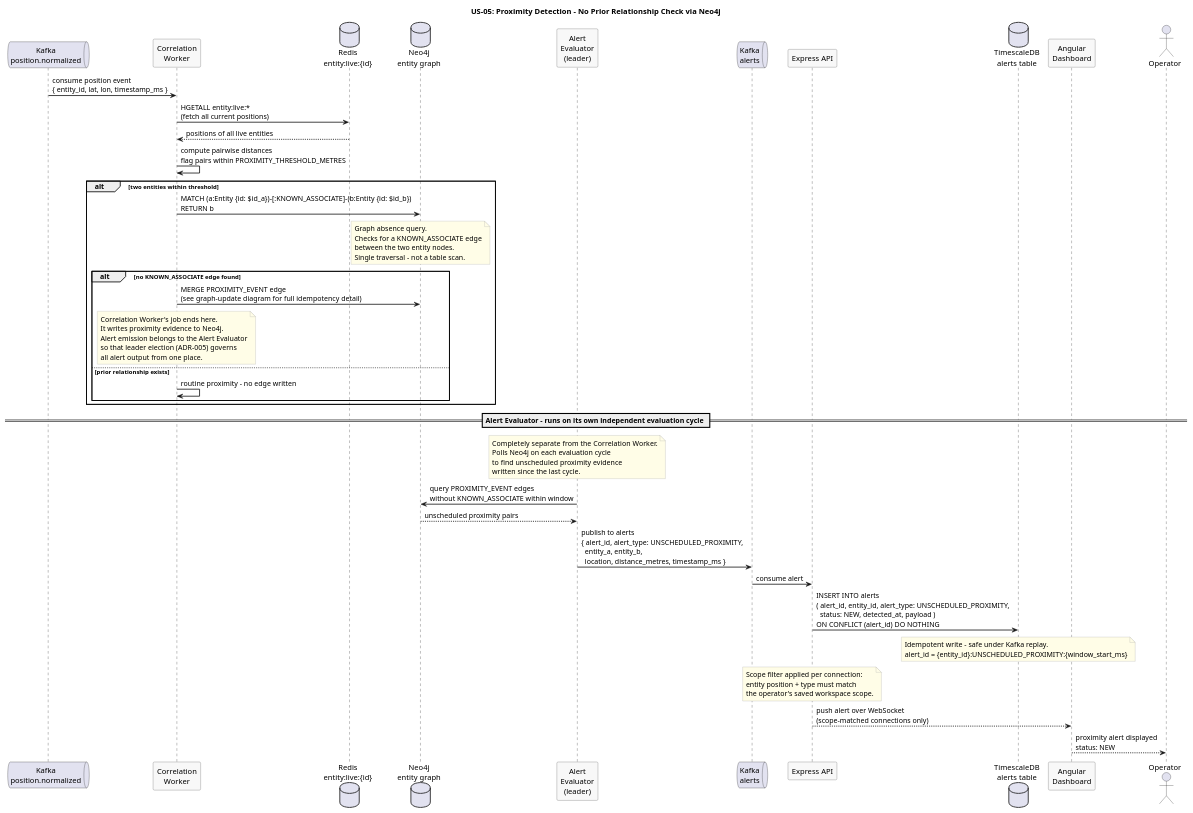
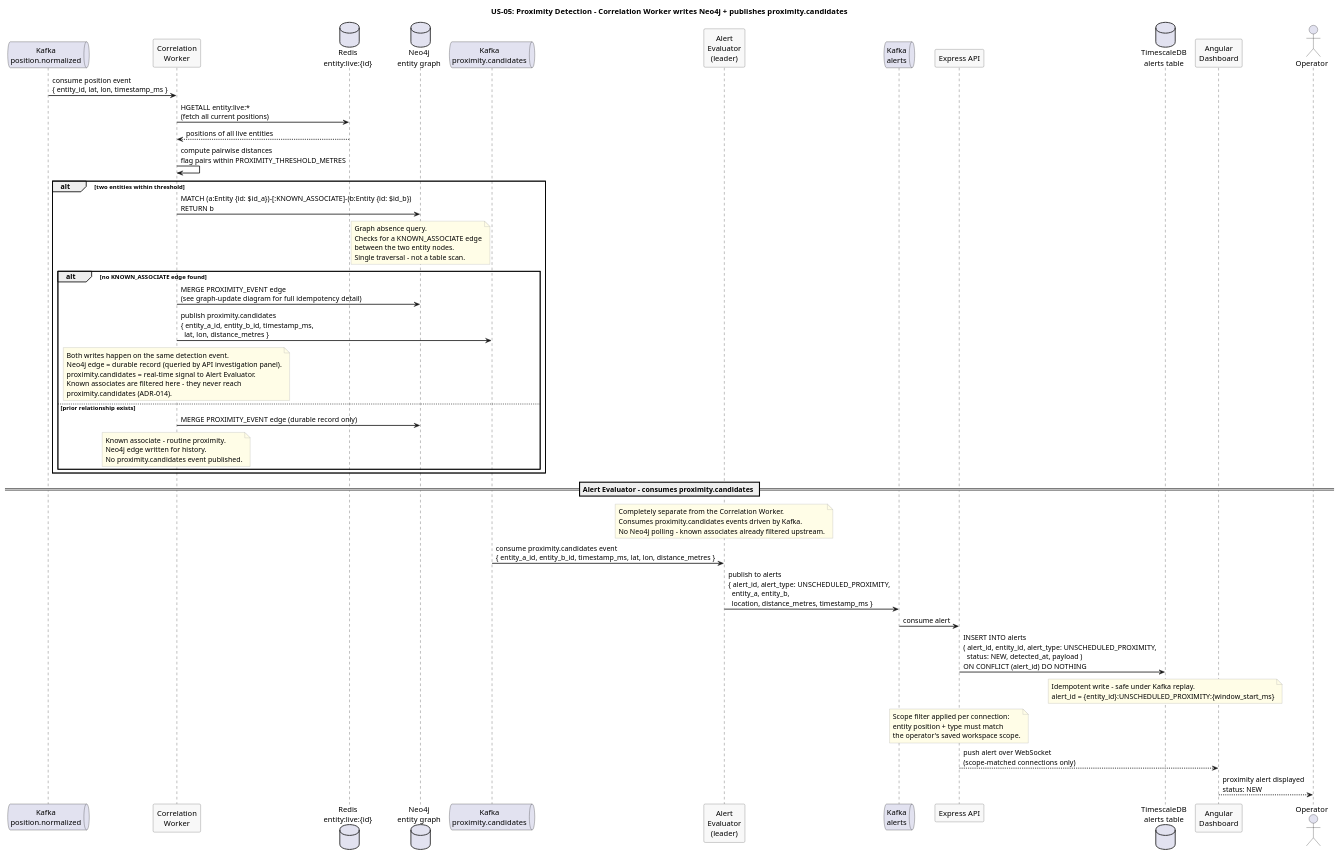
The diagram in docs/use-cases/US-05-unscheduled-proximity/proximity-detection.puml (Buffden/sentinel), drawn with PlantUML before and after one commit. The commit also changed 18 other files, not shown here.

Commit message:
introduce hybrid input model across all architecture docs

```diff
--- a/docs/use-cases/US-05-unscheduled-proximity/proximity-detection.puml
+++ b/docs/use-cases/US-05-unscheduled-proximity/proximity-detection.puml
@@ -1,83 +1,91 @@
 @startuml proximity-detection
-title US-05: Proximity Detection - No Prior Relationship Check via Neo4j
+title US-05: Proximity Detection - Correlation Worker writes Neo4j + publishes proximity.candidates
 
 skinparam sequenceArrowThickness 1.5
 skinparam participantBorderColor #555555
 skinparam participantBackgroundColor #F8F8F8
 skinparam noteBorderColor #AAAAAA
 skinparam noteBackgroundColor #FFFDE7
 
 queue "Kafka\nposition.normalized" as Kafka
 participant "Correlation\nWorker" as Correlation
 database "Redis\nentity:live:{id}" as Redis
 database "Neo4j\nentity graph" as Neo4j
+queue "Kafka\nproximity.candidates" as ProxKafka
 participant "Alert\nEvaluator\n(leader)" as Evaluator
 queue "Kafka\nalerts" as Alerts
 participant "Express API" as API
 database "TimescaleDB\nalerts table" as TSDB
 participant "Angular\nDashboard" as Dashboard
 actor Operator
 
 Kafka -> Correlation : consume position event\n{ entity_id, lat, lon, timestamp_ms }
 
 Correlation -> Redis : HGETALL entity:live:*\n(fetch all current positions)
 Redis --> Correlation : positions of all live entities
 
 Correlation -> Correlation : compute pairwise distances\nflag pairs within PROXIMITY_THRESHOLD_METRES
 
 alt two entities within threshold
   Correlation -> Neo4j : MATCH (a:Entity {id: $id_a})-[:KNOWN_ASSOCIATE]-(b:Entity {id: $id_b})\nRETURN b
 
   note over Neo4j
     Graph absence query.
     Checks for a KNOWN_ASSOCIATE edge
     between the two entity nodes.
     Single traversal - not a table scan.
   end note
 
   alt no KNOWN_ASSOCIATE edge found
     Correlation -> Neo4j : MERGE PROXIMITY_EVENT edge\n(see graph-update diagram for full idempotency detail)
 
+    Correlation -> ProxKafka : publish proximity.candidates\n{ entity_a_id, entity_b_id, timestamp_ms,\n  lat, lon, distance_metres }
+
     note over Correlation
-      Correlation Worker's job ends here.
-      It writes proximity evidence to Neo4j.
-      Alert emission belongs to the Alert Evaluator
-      so that leader election (ADR-005) governs
-      all alert output from one place.
+      Both writes happen on the same detection event.
+      Neo4j edge = durable record (queried by API investigation panel).
+      proximity.candidates = real-time signal to Alert Evaluator.
+      Known associates are filtered here - they never reach
+      proximity.candidates (ADR-014).
     end note
+
   else prior relationship exists
-    Correlation -> Correlation : routine proximity - no edge written
+    Correlation -> Neo4j : MERGE PROXIMITY_EVENT edge (durable record only)
+    note over Correlation
+      Known associate - routine proximity.
+      Neo4j edge written for history.
+      No proximity.candidates event published.
+    end note
   end
 end
 
-== Alert Evaluator - runs on its own independent evaluation cycle ==
+== Alert Evaluator - consumes proximity.candidates ==
 
 note over Evaluator
   Completely separate from the Correlation Worker.
-  Polls Neo4j on each evaluation cycle
-  to find unscheduled proximity evidence
-  written since the last cycle.
+  Consumes proximity.candidates events driven by Kafka.
+  No Neo4j polling - known associates already filtered upstream.
 end note
 
-Evaluator -> Neo4j : query PROXIMITY_EVENT edges\nwithout KNOWN_ASSOCIATE within window
-Neo4j --> Evaluator : unscheduled proximity pairs
+ProxKafka -> Evaluator : consume proximity.candidates event\n{ entity_a_id, entity_b_id, timestamp_ms, lat, lon, distance_metres }
+
 Evaluator -> Alerts : publish to alerts\n{ alert_id, alert_type: UNSCHEDULED_PROXIMITY,\n  entity_a, entity_b,\n  location, distance_metres, timestamp_ms }
 
 Alerts -> API : consume alert
 API -> TSDB : INSERT INTO alerts\n( alert_id, entity_id, alert_type: UNSCHEDULED_PROXIMITY,\n  status: NEW, detected_at, payload )\nON CONFLICT (alert_id) DO NOTHING
 
 note over TSDB
   Idempotent write - safe under Kafka replay.
   alert_id = {entity_id}:UNSCHEDULED_PROXIMITY:{window_start_ms}
 end note
 
 note over API
   Scope filter applied per connection:
   entity position + type must match
   the operator's saved workspace scope.
 end note
 
 API --> Dashboard : push alert over WebSocket\n(scope-matched connections only)
 Dashboard --> Operator : proximity alert displayed\nstatus: NEW
 
 @enduml
```
